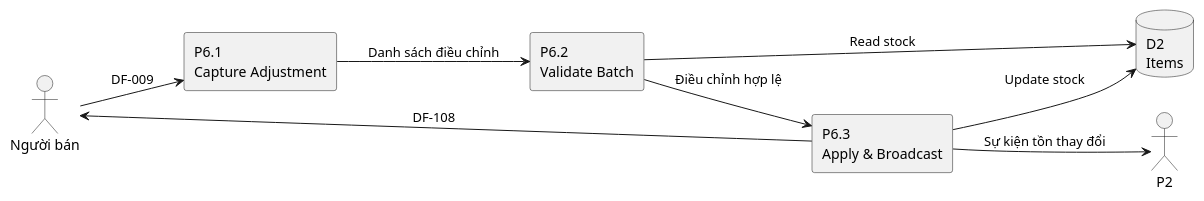
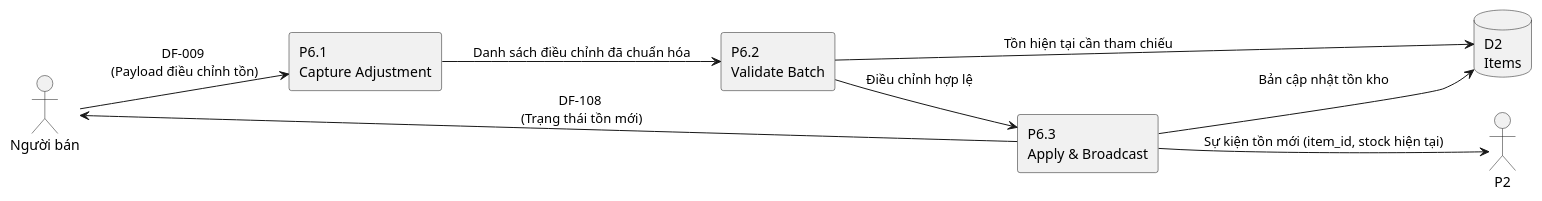
One commit to KhoaNguyen01004/QuanLyBanHang changed the diagram in Diagrams/software_dfd_level2_p6_inventory.puml. Above: the diagram before and after it, drawn with PlantUML. The commit also changed 9 other files, not shown here.

```diff
--- a/Diagrams/software_dfd_level2_p6_inventory.puml
+++ b/Diagrams/software_dfd_level2_p6_inventory.puml
@@ -1,20 +1,20 @@
 @startuml DFD_Level2_P6_Inventory
 hide stereotype
 left to right direction
 
 actor "Người bán" as Merchant
 
 rectangle "P6.1\nCapture Adjustment" as P61
 rectangle "P6.2\nValidate Batch" as P62
 rectangle "P6.3\nApply & Broadcast" as P63
 
 database "D2\nItems" as D2
 
-Merchant --> P61 : DF-009
-P61 --> P62 : Danh sách điều chỉnh
-P62 --> D2 : Read stock
+Merchant --> P61 : DF-009 \n(Payload điều chỉnh tồn)
+P61 --> P62 : Danh sách điều chỉnh đã chuẩn hóa
+P62 --> D2 : Tồn hiện tại cần tham chiếu
 P62 --> P63 : Điều chỉnh hợp lệ
-P63 --> D2 : Update stock
-P63 --> Merchant : DF-108
-P63 --> P2 : Sự kiện tồn thay đổi
+P63 --> D2 : Bản cập nhật tồn kho
+P63 --> Merchant : DF-108 \n(Trạng thái tồn mới)
+P63 --> P2 : Sự kiện tồn mới (item_id, stock hiện tại)
 @enduml
```
